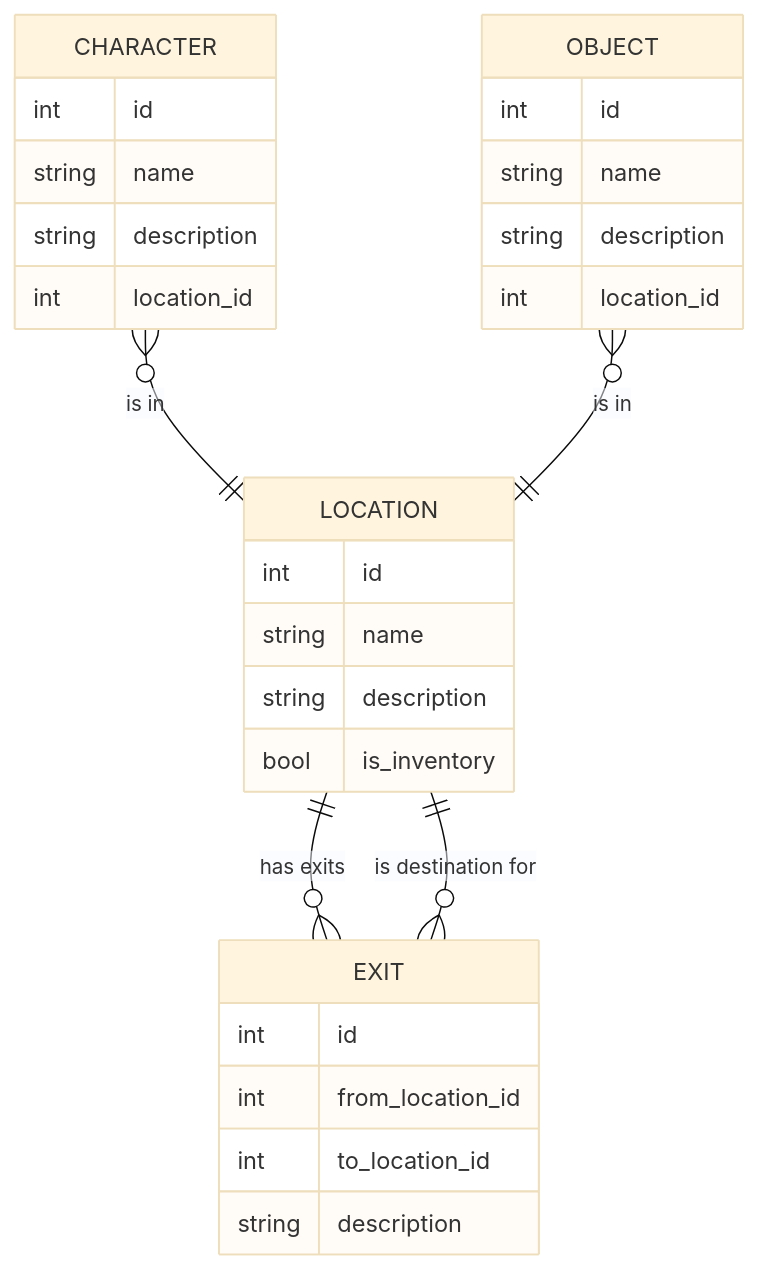
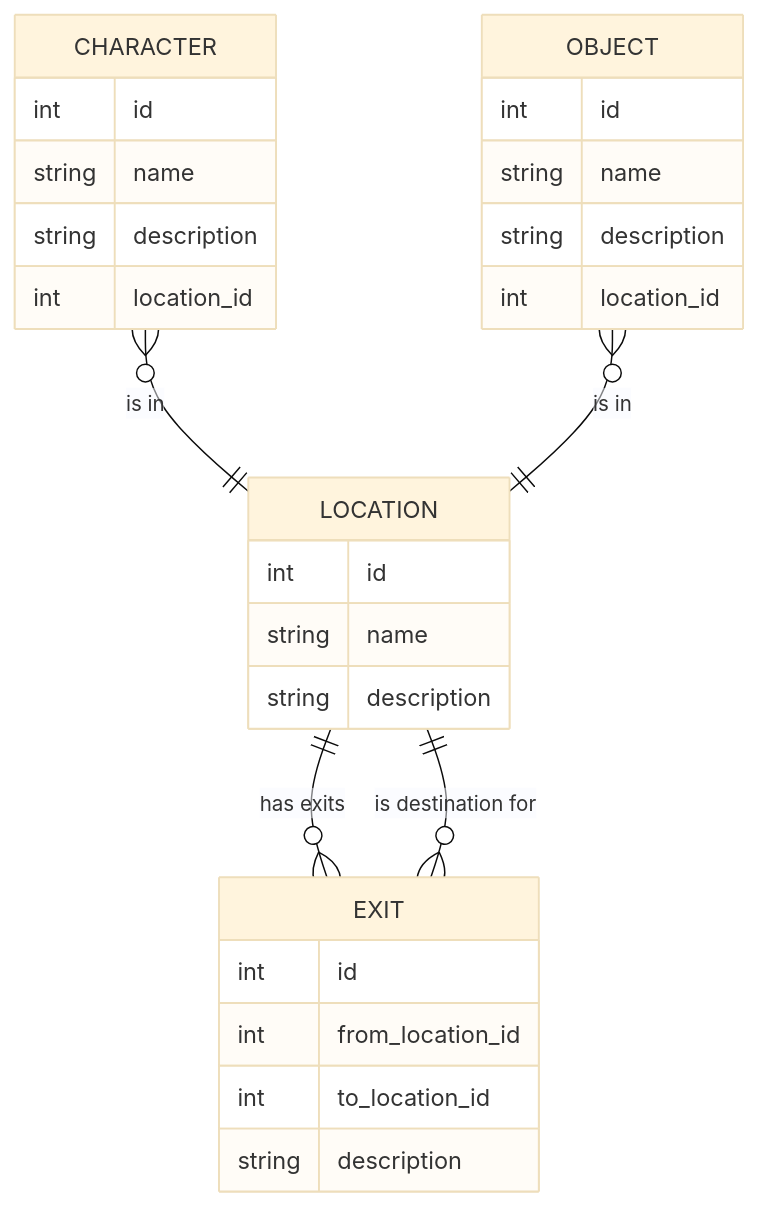
The diagram in docs/erd.md (plafeberhva/web-student-quest), drawn with Mermaid (base theme) before and after one commit.

Commit message:
docs(erd): remove is_inventory field from LOCATION entity

````diff
--- a/docs/erd.md
+++ b/docs/erd.md
@@ -3,35 +3,34 @@
 ```mermaid
 erDiagram
     CHARACTER {
         int id
         string name
         string description
         int location_id
     }
     
     LOCATION {
         int id
         string name
         string description
-        bool is_inventory
     }
     
     OBJECT {
         int id
         string name
         string description
         int location_id
     }
     
     EXIT {
         int id
         int from_location_id
         int to_location_id
         string description
     }
 
     CHARACTER }o--|| LOCATION : "is in"
     OBJECT }o--|| LOCATION : "is in"
     LOCATION ||--o{ EXIT : "has exits"
     LOCATION ||--o{ EXIT : "is destination for"
 ```
````
